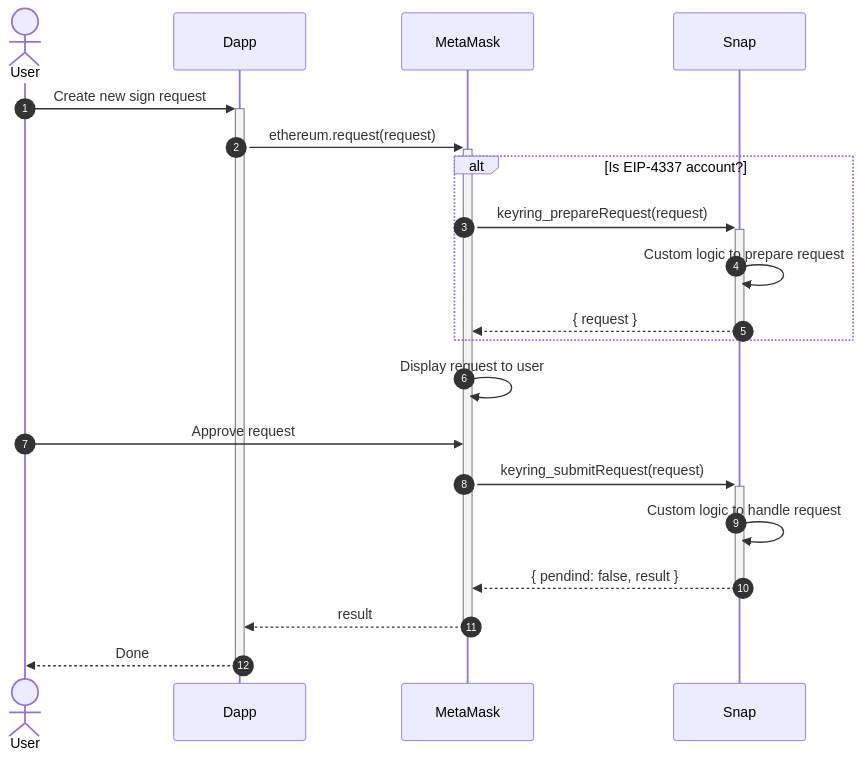
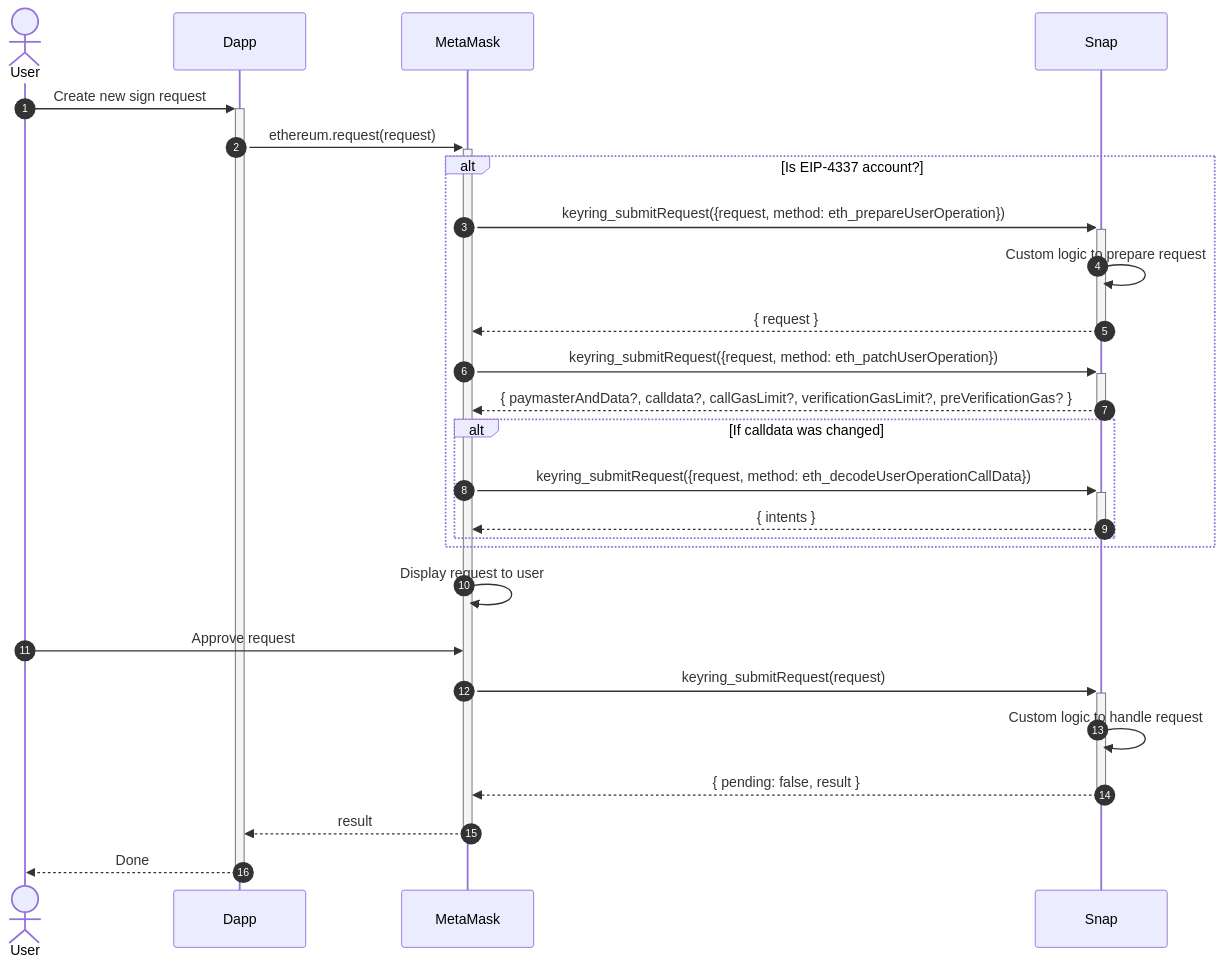
The sixth of 6 diagrams in docs/architecture.md (MetaMask/keyring-api), drawn with Mermaid before and after one commit. The commit also changed other lines of this file and 2 other files, not shown here.

Commit message:
docs: add `eth_decodeUserOperationCallData` to documentation (#254)
* docs: add `eth_decodeUserOperationCallData` to documentation

This method takes the `callData` as input and returns the transaction
intents that were encoded in it.

* feat: update signing flow

* fix: remove 4337 flow from async flow

* feat: update 4337 flow with add decode calldata

---------

````diff
--- a/docs/architecture.md
+++ b/docs/architecture.md
@@ -205,27 +200,33 @@
 ```mermaid
 sequenceDiagram
 autonumber
 
 actor User
 participant Dapp
 participant MetaMask
 participant Snap
 
 User ->>+ Dapp: Create new sign request
 Dapp ->>+ MetaMask: ethereum.request(request)
 alt Is EIP-4337 account?
-  MetaMask ->>+ Snap: keyring_prepareRequest(request)
+  MetaMask ->>+ Snap: keyring_submitRequest({request, method: eth_prepareUserOperation})
   Snap ->> Snap: Custom logic to prepare request
   Snap -->>- MetaMask: { request }
+  MetaMask ->>+ Snap: keyring_submitRequest({request, method: eth_patchUserOperation})
+  Snap -->>- MetaMask: { paymasterAndData?, calldata?, callGasLimit?, verificationGasLimit?, preVerificationGas? }
+  alt If calldata was changed
+    MetaMask ->>+ Snap: keyring_submitRequest({request, method: eth_decodeUserOperationCallData})
+    Snap -->>- MetaMask: { intents }
+  end
 end
 MetaMask ->> MetaMask: Display request to user
 User ->> MetaMask: Approve request
 
 MetaMask ->>+ Snap: keyring_submitRequest(request)
 Snap ->> Snap: Custom logic to handle request
-Snap -->>- MetaMask: { pendind: false, result }
+Snap -->>- MetaMask: { pending: false, result }
 
 MetaMask -->>- Dapp: result
 
 Dapp -->>- User: Done
 ```
````
